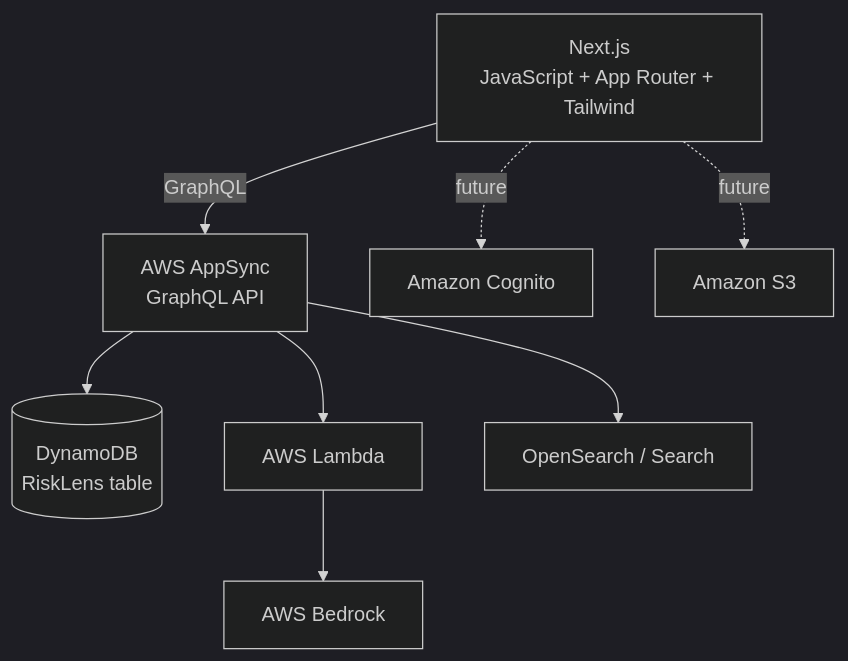
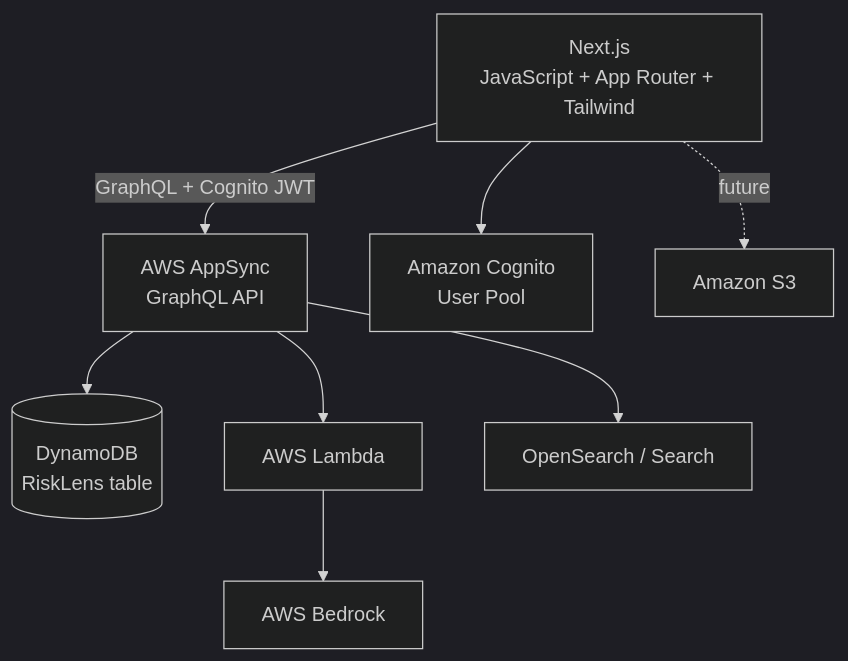
Before and after one commit to khushidesaiiiii/RiskLens: the second of 2 diagrams in README.md, drawn with Mermaid (dark theme). The commit also changed other lines of this file and 10 other files, not shown here.

````diff
--- a/README.md
+++ b/README.md
@@ -133,10 +158,10 @@
 ```mermaid
 flowchart TD
-    A[Next.js<br/>JavaScript + App Router + Tailwind] -->|GraphQL| B[AWS AppSync<br/>GraphQL API]
+    A[Next.js<br/>JavaScript + App Router + Tailwind] -->|GraphQL + Cognito JWT| B[AWS AppSync<br/>GraphQL API]
     B --> C[(DynamoDB<br/>RiskLens table)]
     B --> D[AWS Lambda]
     B --> E[OpenSearch / Search]
     D --> F[AWS Bedrock]
-    A -.future.-> G[Amazon Cognito]
+    A --> G[Amazon Cognito<br/>User Pool]
     A -.future.-> H[Amazon S3]
 ```
````
